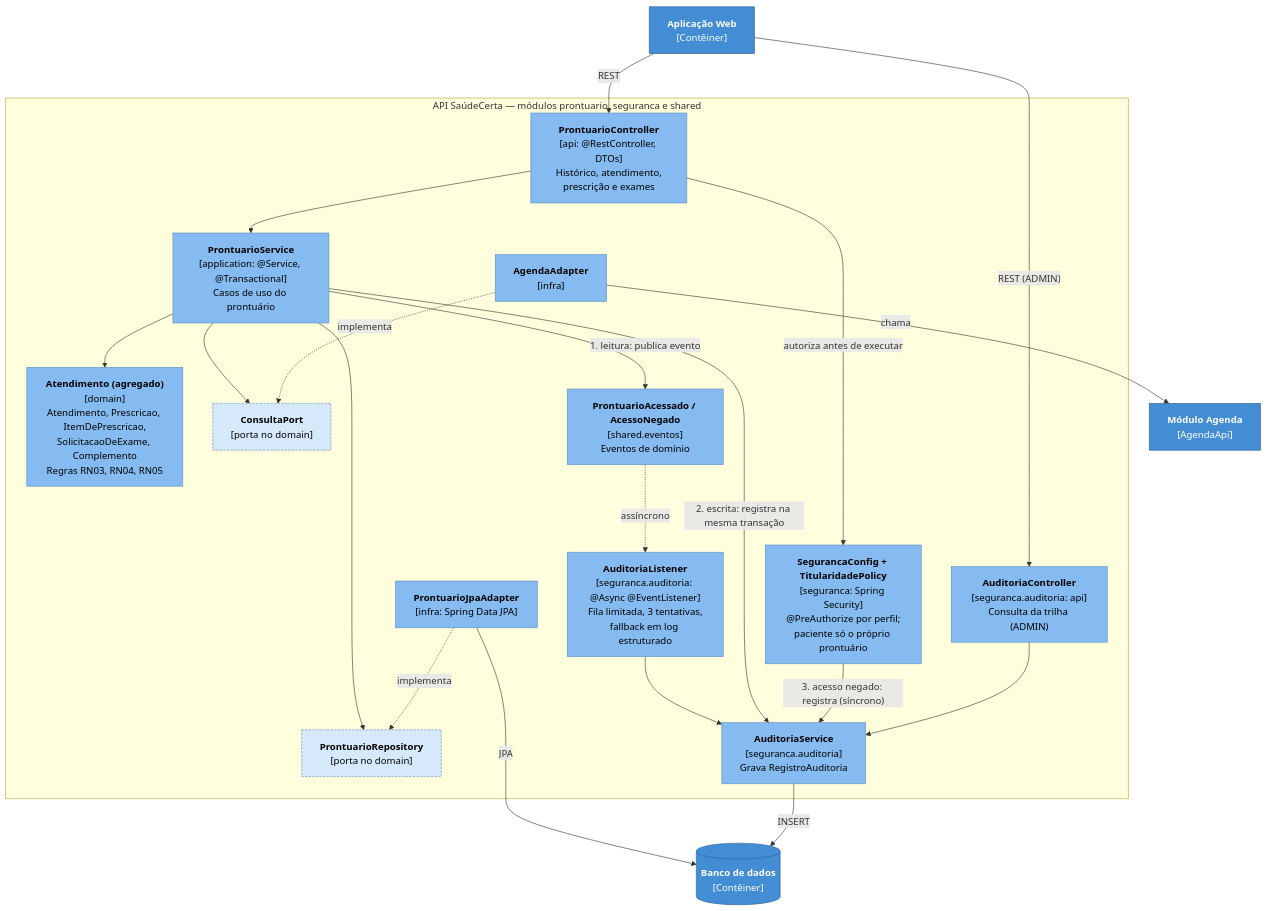
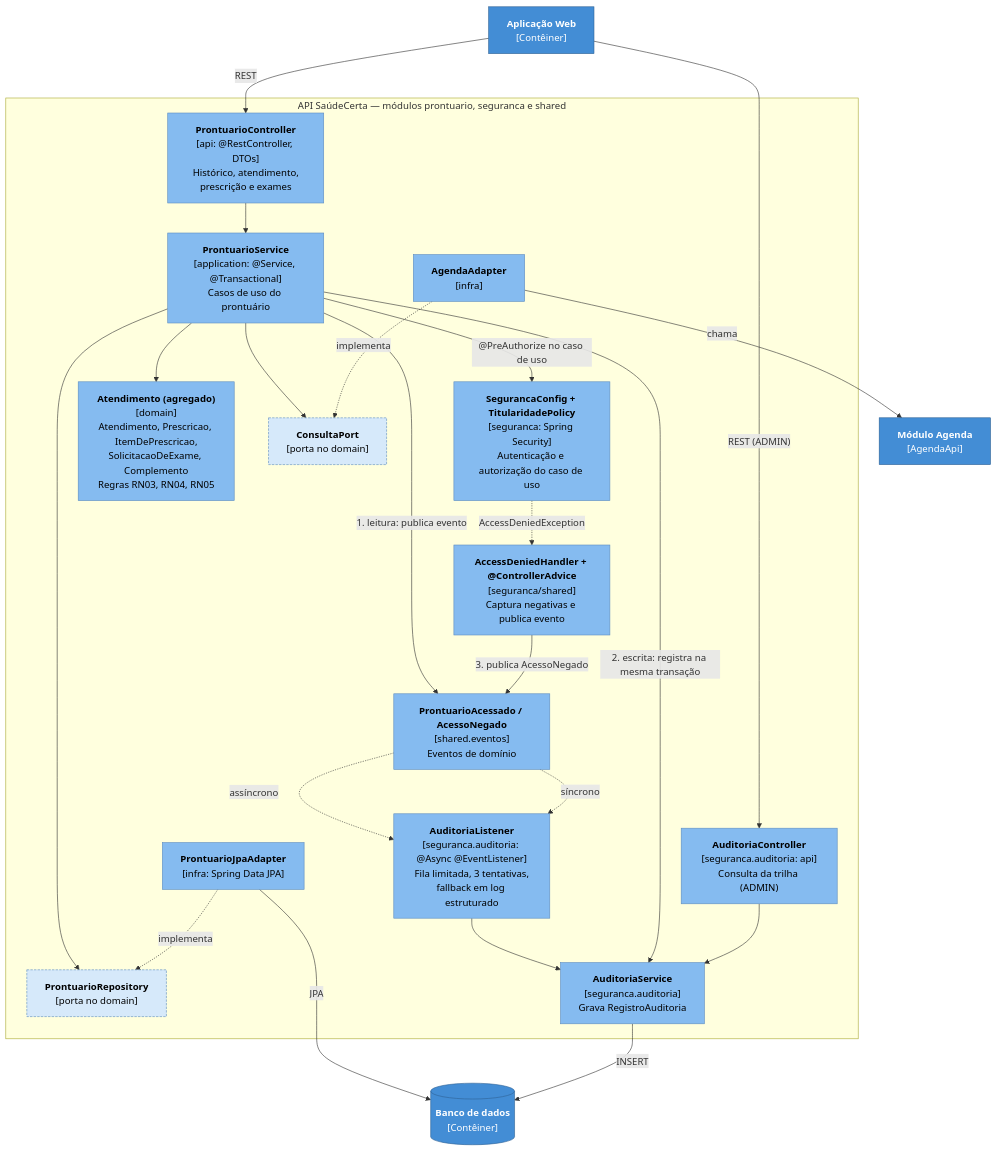
One commit to Dex057/equipe-02-saudecerta changed the fourth of 6 diagrams in docs/arquitetura.md. Above: the diagram before and after it, drawn with Mermaid. The commit also changed other lines of this file and 4 other files, not shown here.

````diff
--- a/docs/arquitetura.md
+++ b/docs/arquitetura.md
@@ -163,49 +163,52 @@
 ```mermaid
 flowchart TB
     spa["<b>Aplicação Web</b><br/>[Contêiner]"]
 
     subgraph api["API SaúdeCerta — módulos prontuario, seguranca e shared"]
         pc["<b>ProntuarioController</b><br/>[api: @RestController, DTOs]<br/>Histórico, atendimento,<br/>prescrição e exames"]
-        sec["<b>SegurancaConfig + TitularidadePolicy</b><br/>[seguranca: Spring Security]<br/>@PreAuthorize por perfil;<br/>paciente só o próprio prontuário"]
+        sec["<b>SegurancaConfig + TitularidadePolicy</b><br/>[seguranca: Spring Security]<br/>Autenticação e autorização do caso de uso"]
+        dh["<b>AccessDeniedHandler + @ControllerAdvice</b><br/>[seguranca/shared]<br/>Captura negativas e publica evento"]
         ps["<b>ProntuarioService</b><br/>[application: @Service, @Transactional]<br/>Casos de uso do prontuário"]
         dom["<b>Atendimento (agregado)</b><br/>[domain]<br/>Atendimento, Prescricao, ItemDePrescricao,<br/>SolicitacaoDeExame, Complemento<br/>Regras RN03, RN04, RN05"]
         pr["<b>ProntuarioRepository</b><br/>[porta no domain]"]
         cp["<b>ConsultaPort</b><br/>[porta no domain]"]
         pja["<b>ProntuarioJpaAdapter</b><br/>[infra: Spring Data JPA]"]
         aa["<b>AgendaAdapter</b><br/>[infra]"]
         ev["<b>ProntuarioAcessado / AcessoNegado</b><br/>[shared.eventos]<br/>Eventos de domínio"]
         al["<b>AuditoriaListener</b><br/>[seguranca.auditoria: @Async @EventListener]<br/>Fila limitada, 3 tentativas,<br/>fallback em log estruturado"]
         asv["<b>AuditoriaService</b><br/>[seguranca.auditoria]<br/>Grava RegistroAuditoria"]
         ac["<b>AuditoriaController</b><br/>[seguranca.auditoria: api]<br/>Consulta da trilha (ADMIN)"]
     end
 
     agenda["<b>Módulo Agenda</b><br/>[AgendaApi]"]
     db[("<b>Banco de dados</b><br/>[Contêiner]")]
 
     spa -->|"REST"| pc
     spa -->|"REST (ADMIN)"| ac
-    pc -->|"autoriza antes de executar"| sec
     pc --> ps
+    ps -->|"@PreAuthorize no caso de uso"| sec
     ps --> dom
     ps --> pr
     ps --> cp
     pja -.->|"implementa"| pr
     aa -.->|"implementa"| cp
     pja -->|"JPA"| db
     aa -->|"chama"| agenda
 
     ps -->|"1. leitura: publica evento"| ev
     ev -.->|"assíncrono"| al
     al --> asv
     ps -->|"2. escrita: registra na mesma transação"| asv
-    sec -->|"3. acesso negado: registra (síncrono)"| asv
+    sec -.->|"AccessDeniedException"| dh
+    dh -->|"3. publica AcessoNegado"| ev
+    ev -.->|"síncrono"| al
     asv -->|"INSERT"| db
     ac --> asv
 
     classDef container fill:#438dd5,stroke:#2e6295,color:#fff
     classDef comp fill:#85bbf0,stroke:#5d8cc0,color:#000
     classDef port fill:#d6e9fa,stroke:#5d8cc0,color:#000,stroke-dasharray:4 2
     class spa,db,agenda container
-    class pc,sec,ps,dom,pja,aa,ev,al,asv,ac comp
+    class pc,sec,dh,ps,dom,pja,aa,ev,al,asv,ac comp
     class pr,cp port
 ```
````
